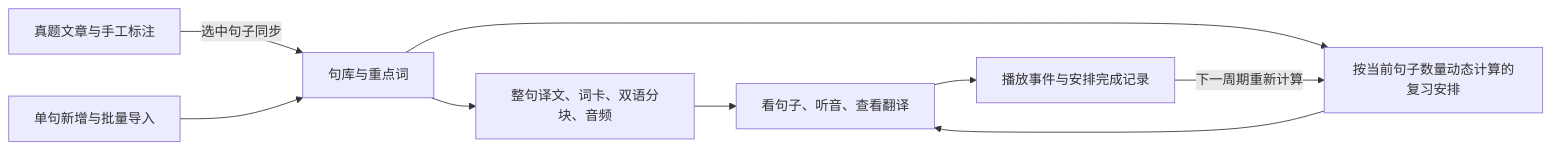
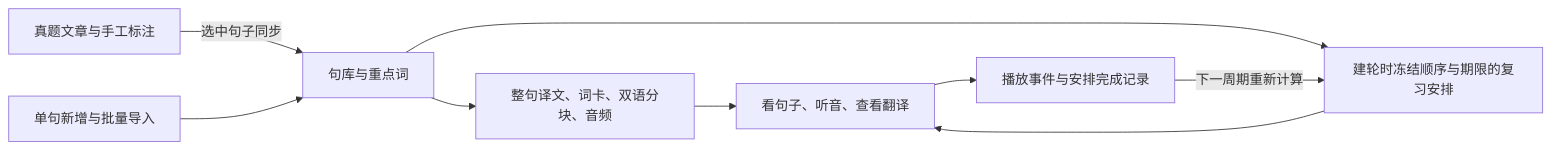
The diagram in docs/current-system-map.md (pandaLiang-beauty/204english), drawn with Mermaid before and after one commit. The commit also changed other lines of this file and 11 other files, not shown here.

````diff
--- a/docs/current-system-map.md
+++ b/docs/current-system-map.md
@@ -17,11 +17,11 @@
 ```mermaid
 flowchart LR
     P[真题文章与手工标注] -->|选中句子同步| S[句库与重点词]
     I[单句新增与批量导入] --> S
     S --> A[整句译文、词卡、双语分块、音频]
-    S --> Q[按当前句子数量动态计算的复习安排]
+    S --> Q[建轮时冻结顺序与期限的复习安排]
     A --> R[看句子、听音、查看翻译]
     Q --> R
     R --> E[播放事件与安排完成记录]
     E -->|下一周期重新计算| Q
 ```
````
